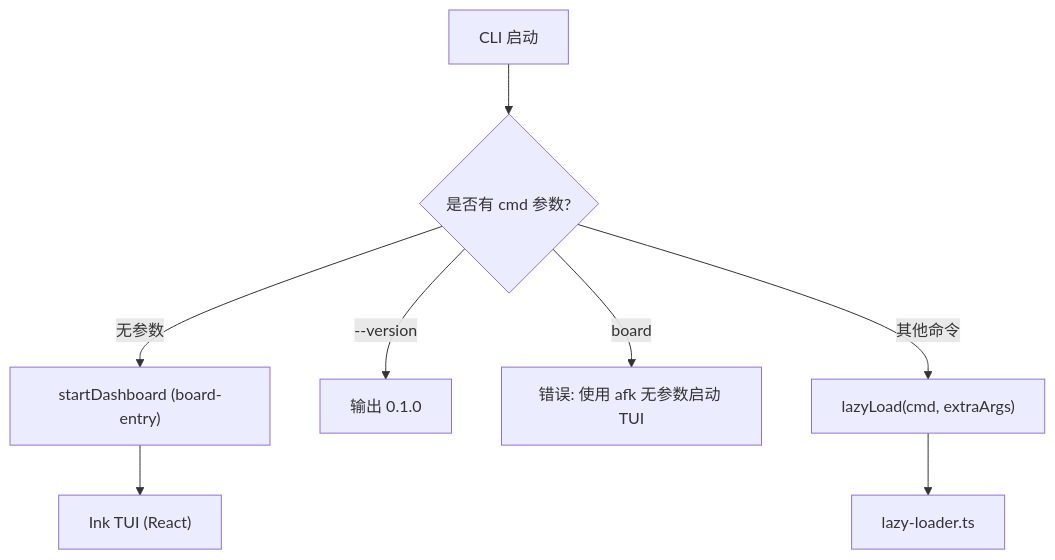
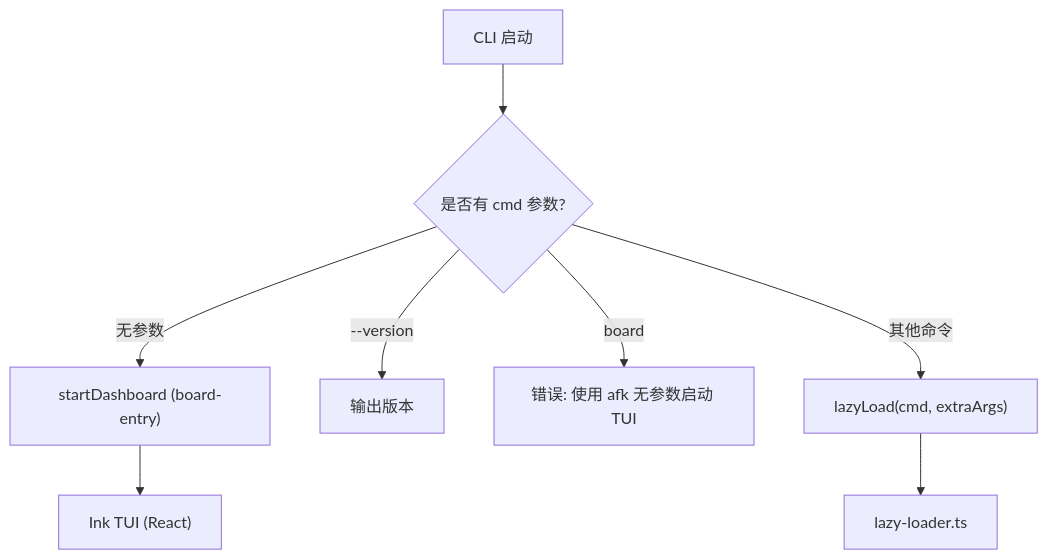
The tenth of 17 diagrams in docs/ARCHITECTURE_zh.md (easyhaloo/afk), drawn with Mermaid before and after one commit. The commit also changed other lines of this file and 1 other file, not shown here.

First line of the commit message:
docs: align ARCHITECTURE docs with actual implementation

````diff
--- a/docs/ARCHITECTURE_zh.md
+++ b/docs/ARCHITECTURE_zh.md
@@ -609,10 +620,10 @@
 ```mermaid
 graph TD
     A["CLI 启动"] --> B{"是否有 cmd 参数?"}
     B -->|无参数| TUI["startDashboard (board-entry)"]
-    B -->|--version| Ver["输出 0.1.0"]
+    B -->|--version| Ver["输出版本"]
     B -->|board| Err["错误: 使用 afk 无参数启动 TUI"]
     B -->|其他命令| LL["lazyLoad(cmd, extraArgs)"]
     TUI --> Ink["Ink TUI (React)"]
     LL --> LZ["lazy-loader.ts"]
 ```
````
